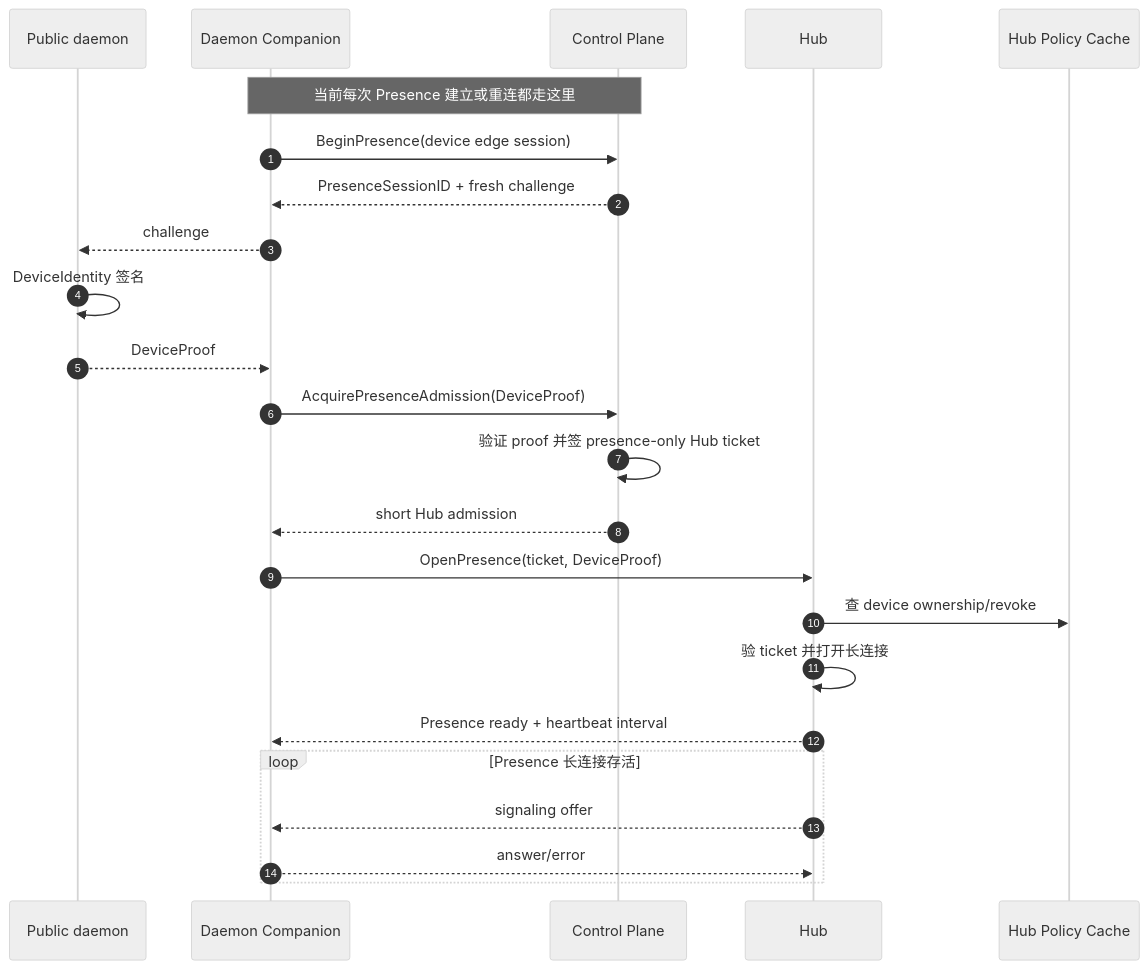
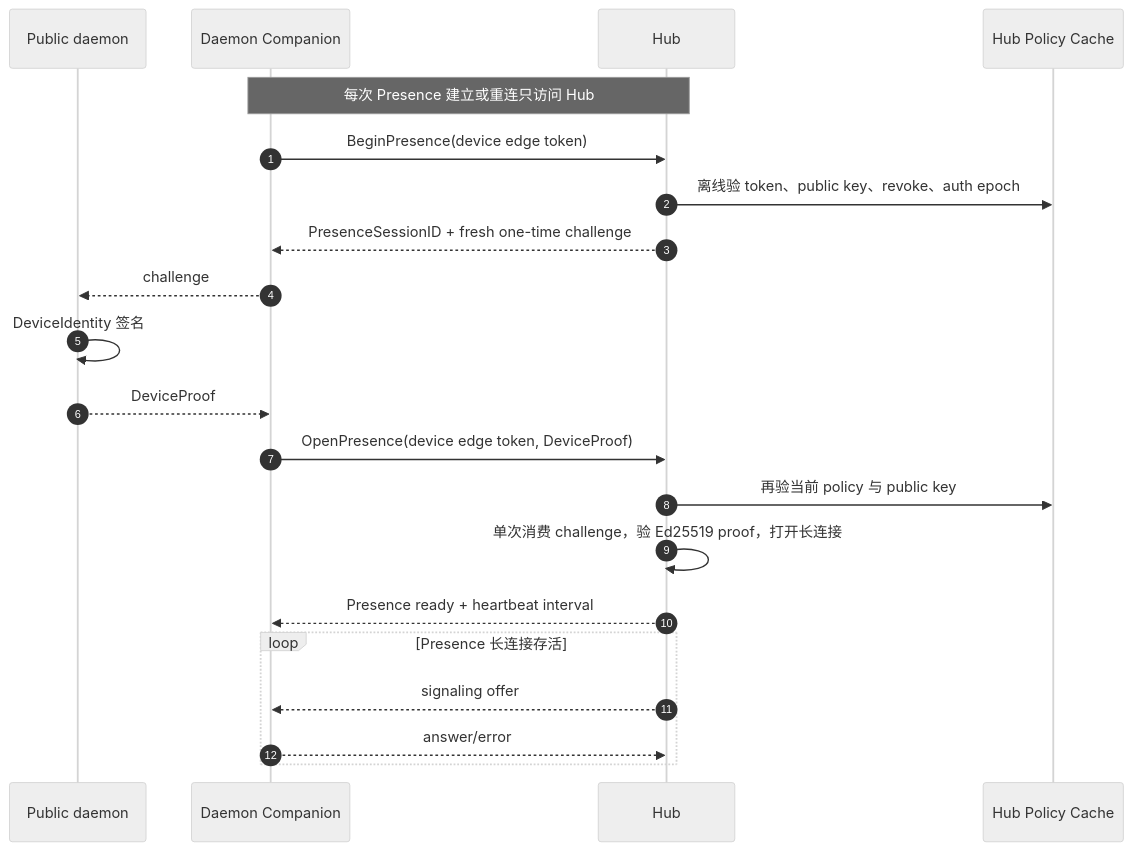
One commit to lozzo/termx changed the fourth of 10 diagrams in docs/remote-platform/cloud-end-to-end-swimlanes.md. Above: the diagram before and after it, drawn with Mermaid (neutral theme). The commit also changed other lines of this file and 65 other files, not shown here.

````diff
--- a/docs/remote-platform/cloud-end-to-end-swimlanes.md
+++ b/docs/remote-platform/cloud-end-to-end-swimlanes.md
@@ -146,27 +148,24 @@
 ```mermaid
 sequenceDiagram
     autonumber
     participant D as Public daemon
     participant DC as Daemon Companion
-    participant CP as Control Plane
     participant H as Hub
     participant P as Hub Policy Cache
 
-    Note over DC,CP: 当前每次 Presence 建立或重连都走这里
-    DC->>CP: BeginPresence(device edge session)
-    CP-->>DC: PresenceSessionID + fresh challenge
+    Note over DC,H: 每次 Presence 建立或重连只访问 Hub
+    DC->>H: BeginPresence(device edge token)
+    H->>P: 离线验 token、public key、revoke、auth epoch
+    H-->>DC: PresenceSessionID + fresh one-time challenge
     DC-->>D: challenge
     D->>D: DeviceIdentity 签名
     D-->>DC: DeviceProof
-    DC->>CP: AcquirePresenceAdmission(DeviceProof)
-    CP->>CP: 验证 proof 并签 presence-only Hub ticket
-    CP-->>DC: short Hub admission
-    DC->>H: OpenPresence(ticket, DeviceProof)
-    H->>P: 查 device ownership/revoke
-    H->>H: 验 ticket 并打开长连接
+    DC->>H: OpenPresence(device edge token, DeviceProof)
+    H->>P: 再验当前 policy 与 public key
+    H->>H: 单次消费 challenge，验 Ed25519 proof，打开长连接
     H-->>DC: Presence ready + heartbeat interval
     loop Presence 长连接存活
         H-->>DC: signaling offer
         DC-->>H: answer/error
     end
 ```
````
